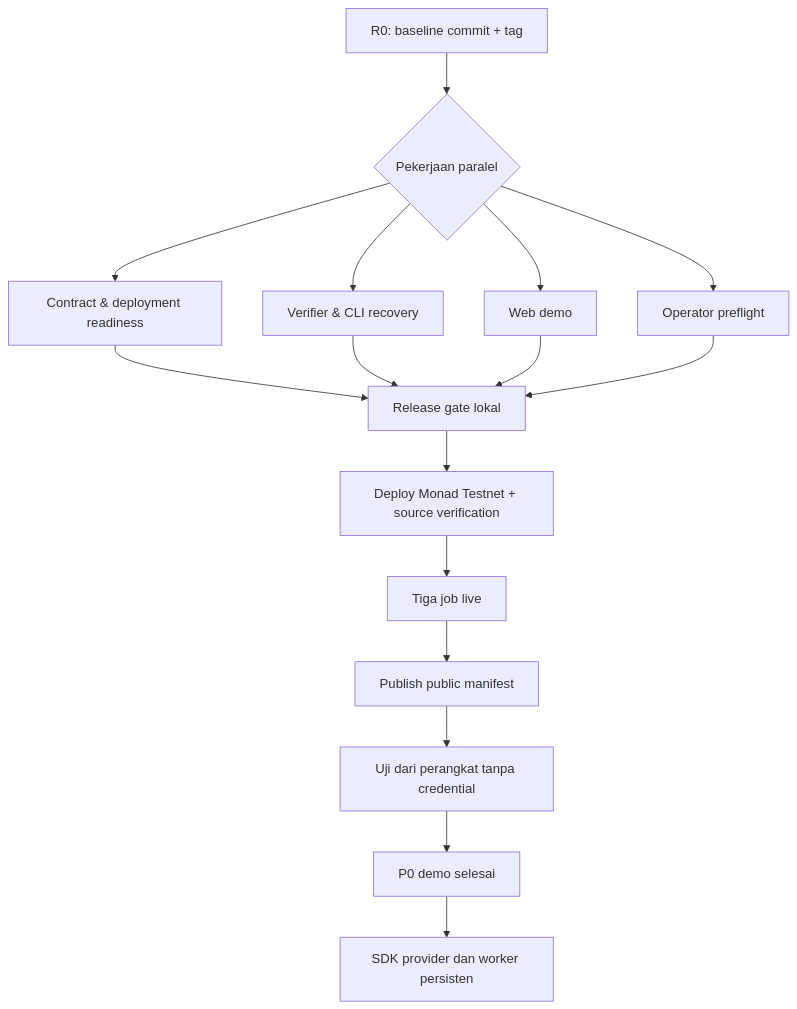
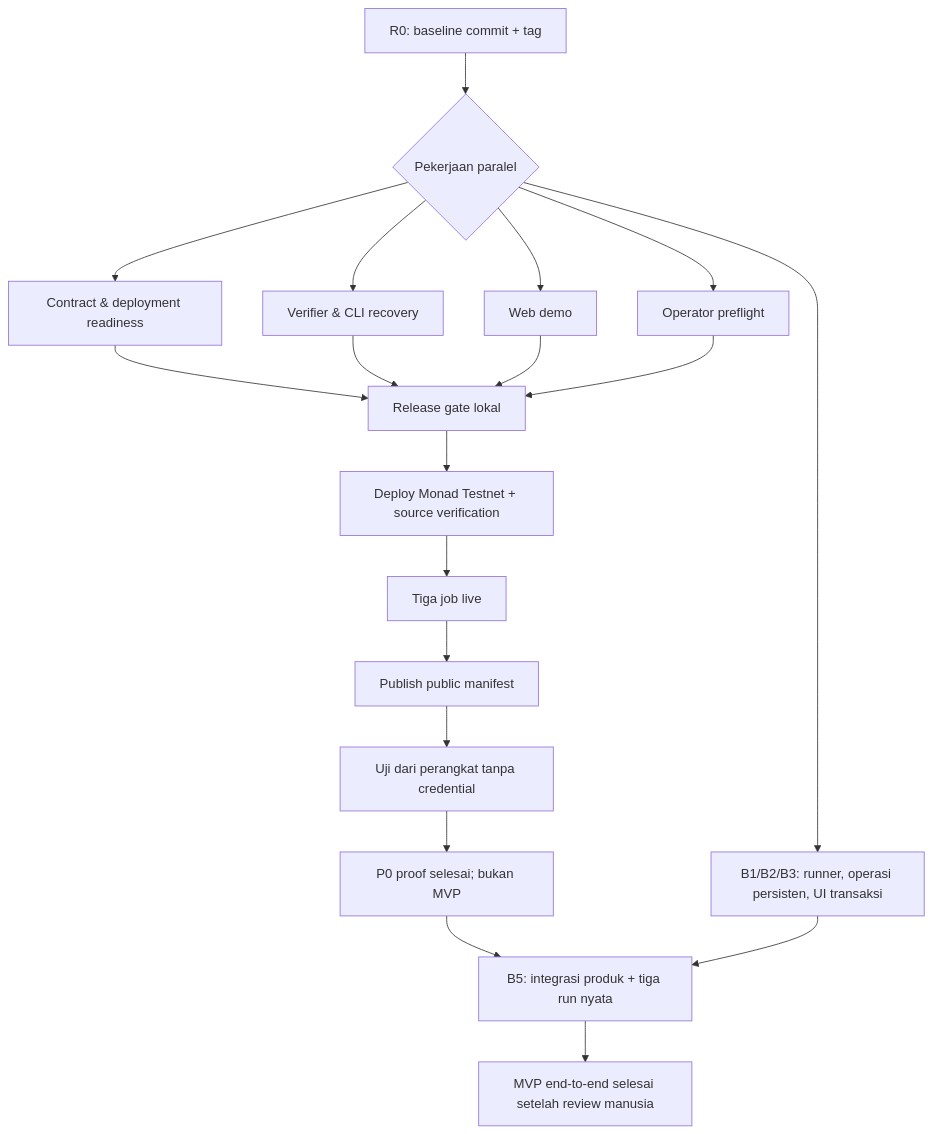
The diagram in docs/XYX_IMPLEMENTATION_WORKSTREAMS.md (Archzxylabs/xyx), drawn with Mermaid before and after one commit. The commit also changed other lines of this file and 132 other files, not shown here.

````diff
--- a/docs/XYX_IMPLEMENTATION_WORKSTREAMS.md
+++ b/docs/XYX_IMPLEMENTATION_WORKSTREAMS.md
@@ -25,18 +29,21 @@
 ```mermaid
 flowchart TD
   R0[R0: baseline commit + tag] --> P{Pekerjaan paralel}
   P --> C[Contract & deployment readiness]
   P --> V[Verifier & CLI recovery]
   P --> W[Web demo]
   P --> O[Operator preflight]
   C --> G[Release gate lokal]
   V --> G
   W --> G
   O --> G
   G --> D[Deploy Monad Testnet + source verification]
   D --> L[Tiga job live]
   L --> M[Publish public manifest]
   M --> X[Uji dari perangkat tanpa credential]
-  X --> A8[P0 demo selesai]
-  A8 --> B[SDK provider dan worker persisten]
+  X --> A8[P0 proof selesai; bukan MVP]
+  P --> B[B1/B2/B3: runner, operasi persisten, UI transaksi]
+  A8 --> I[B5: integrasi produk + tiga run nyata]
+  B --> I
+  I --> MVP[MVP end-to-end selesai setelah review manusia]
 ```
````
